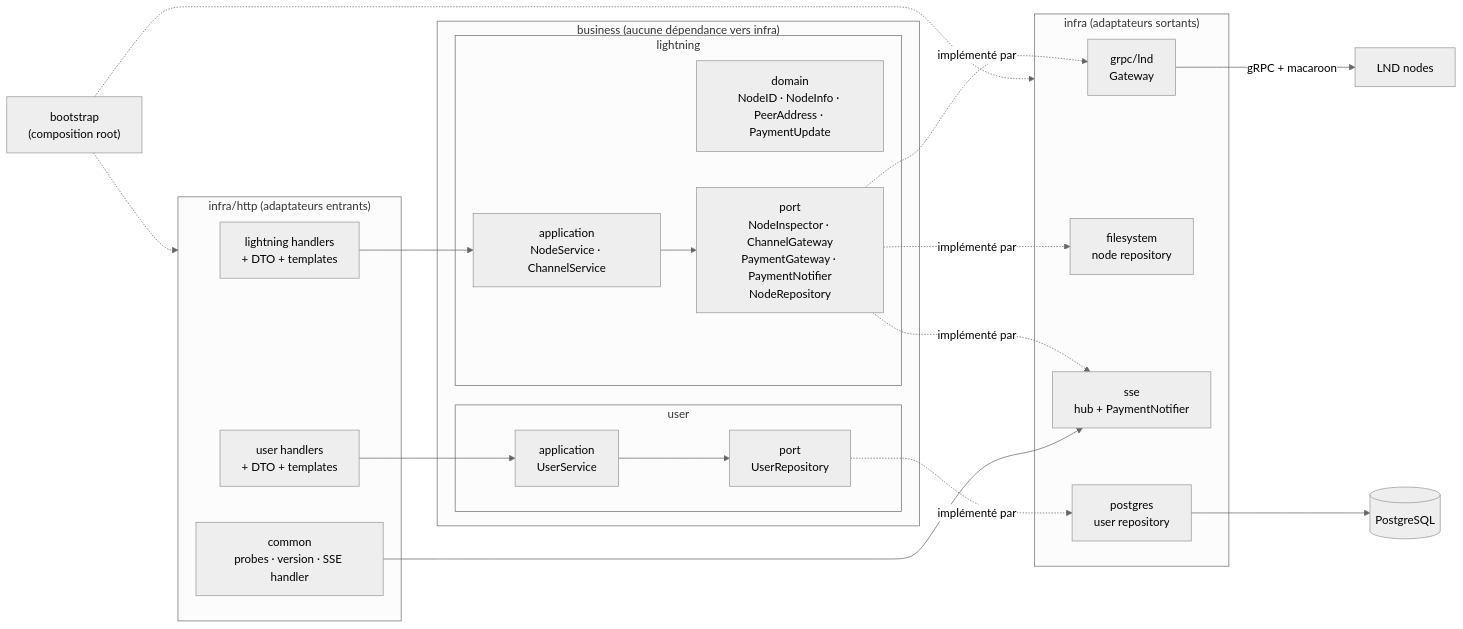
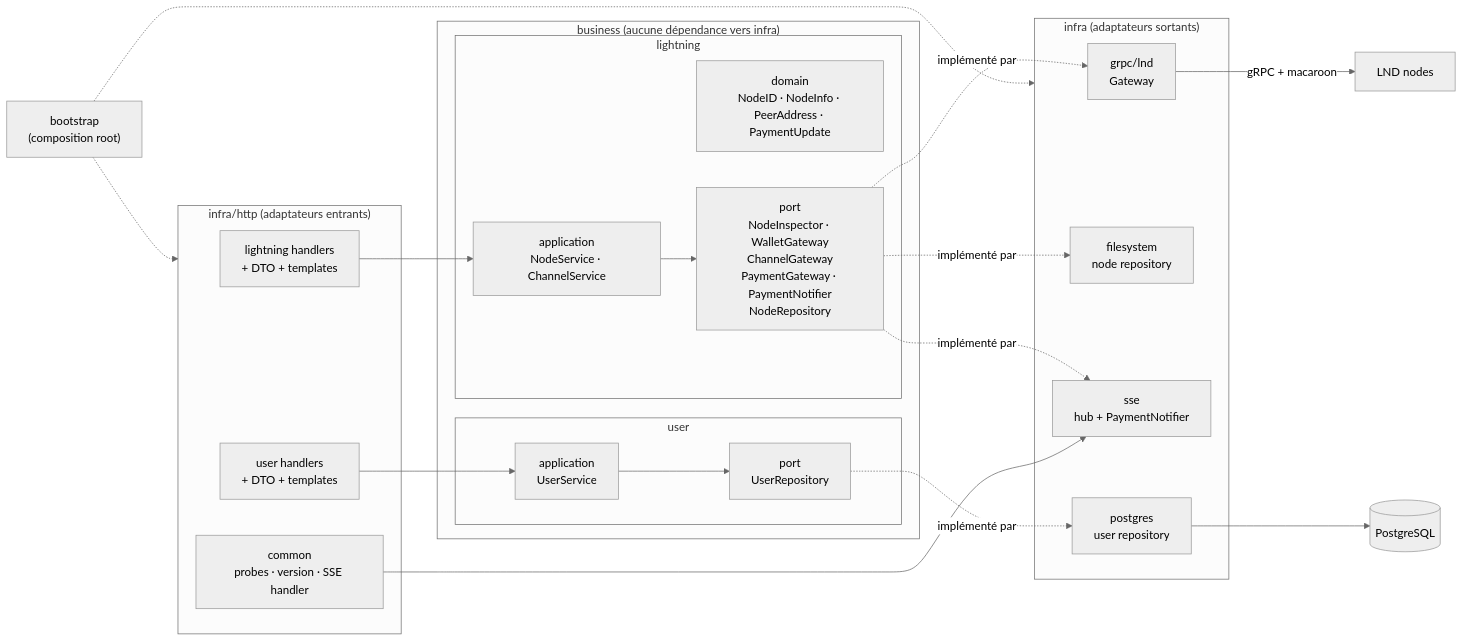
One commit to LMare/lightning-playground changed the diagram in docs-schema/backend-architecture.mmd. Above: the diagram before and after it, drawn with Mermaid (neutral theme). The commit also changed 19 other files, not shown here.

```diff
--- a/docs-schema/backend-architecture.mmd
+++ b/docs-schema/backend-architecture.mmd
@@ -1,39 +1,39 @@
 graph LR
     subgraph IN["infra/http (adaptateurs entrants)"]
         HL["lightning handlers<br/>+ DTO + templates"]
         HU["user handlers<br/>+ DTO + templates"]
         HC["common<br/>probes · version · SSE handler"]
     end
 
     subgraph BIZ["business (aucune dépendance vers infra)"]
         subgraph LN["lightning"]
             LAPP["application<br/>NodeService · ChannelService"]
             LDOM["domain<br/>NodeID · NodeInfo · PeerAddress · PaymentUpdate"]
-            LPORT["port<br/>NodeInspector · ChannelGateway<br/>PaymentGateway · PaymentNotifier<br/>NodeRepository"]
+            LPORT["port<br/>NodeInspector · WalletGateway<br/>ChannelGateway<br/>PaymentGateway · PaymentNotifier<br/>NodeRepository"]
         end
         subgraph US["user"]
             UAPP["application<br/>UserService"]
             UPORT["port<br/>UserRepository"]
         end
     end
 
     subgraph OUT["infra (adaptateurs sortants)"]
         GRPC["grpc/lnd<br/>Gateway"]
         FS["filesystem<br/>node repository"]
         SSE["sse<br/>hub + PaymentNotifier"]
         PG["postgres<br/>user repository"]
     end
 
     HL --> LAPP
     HU --> UAPP
     LAPP --> LPORT
     UAPP --> UPORT
     LPORT -. implémenté par .-> GRPC
     LPORT -. implémenté par .-> FS
     LPORT -. implémenté par .-> SSE
     UPORT -. implémenté par .-> PG
     GRPC -->|gRPC + macaroon| LND["LND nodes"]
     PG --> DB[("PostgreSQL")]
     HC --> SSE
     BOOT["bootstrap<br/>(composition root)"] -.-> IN
     BOOT -.-> OUT
```
